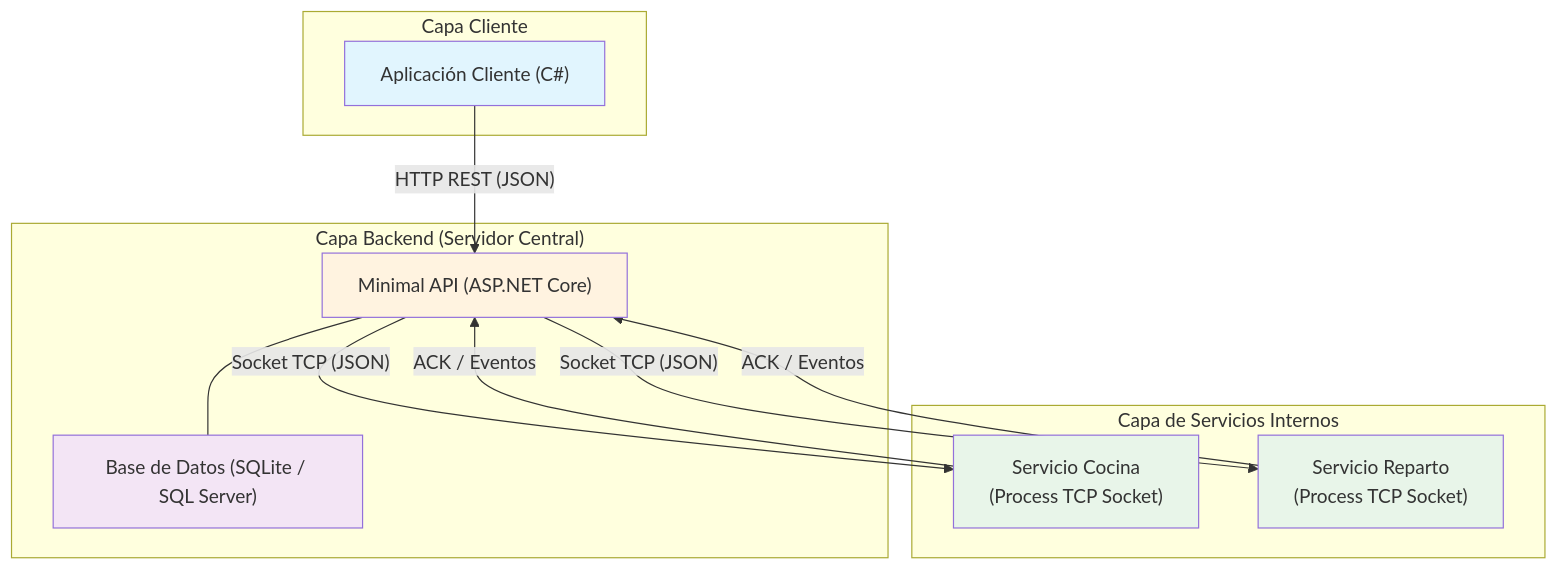
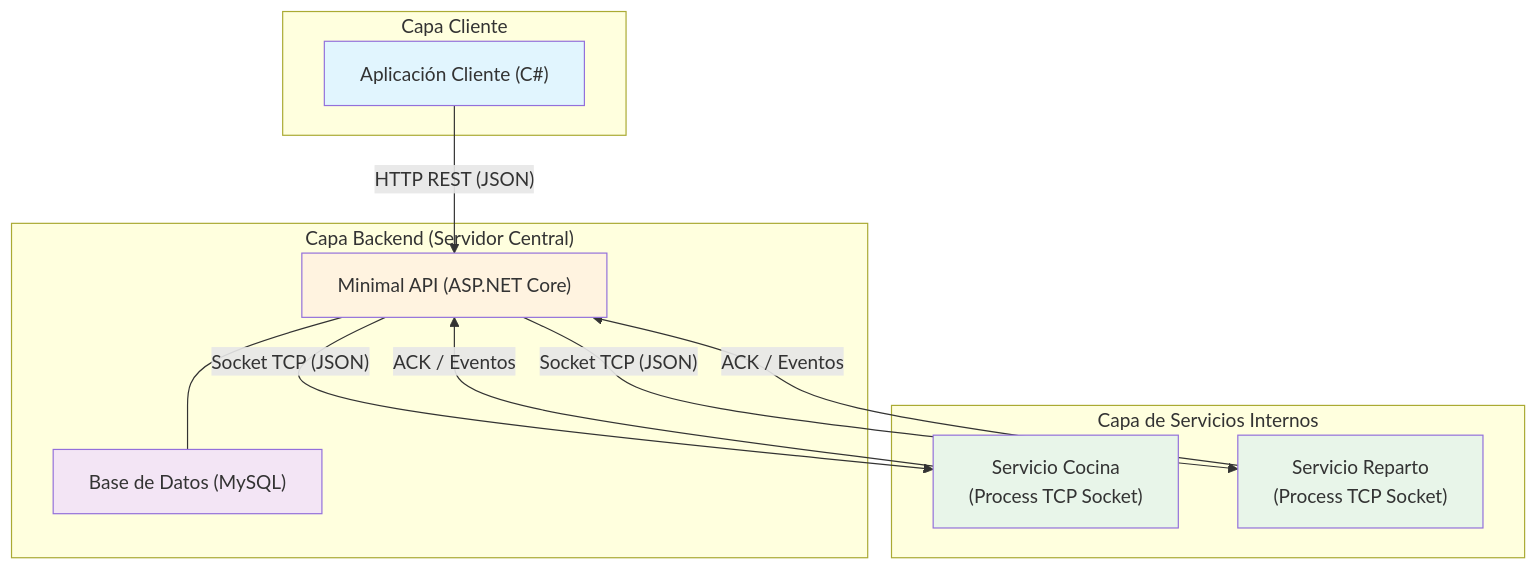
One commit to MonkiCapo/Trabajos2026 changed the diagram in Plan3.2/Docs/ArquitecturaDistribuida.md. Above: the diagram before and after it, drawn with Mermaid. The commit also changed other lines of this file and 140 other files, not shown here.

````diff
--- a/Plan3.2/Docs/ArquitecturaDistribuida.md
+++ b/Plan3.2/Docs/ArquitecturaDistribuida.md
@@ -10,30 +10,30 @@
 ```mermaid
 graph TB
     subgraph "Capa Cliente"
         APP["Aplicación Cliente (C#)"]
     end
 
     subgraph "Capa Backend (Servidor Central)"
         API["Minimal API (ASP.NET Core)"]
-        DB["Base de Datos (SQLite / SQL Server)"]
+        DB["Base de Datos (MySQL)"]
         API --- DB
     end
 
     subgraph "Capa de Servicios Internos"
         CO["Servicio Cocina<br/>(Process TCP Socket)"]
         RE["Servicio Reparto<br/>(Process TCP Socket)"]
     end
 
     APP -- "HTTP REST (JSON)" --> API
     API -- "Socket TCP (JSON)" --> CO
     API -- "Socket TCP (JSON)" --> RE
 
     CO -- "ACK / Eventos" --> API
     RE -- "ACK / Eventos" --> API
 
     style APP fill:#e1f5fe
     style API fill:#fff3e0
     style DB fill:#f3e5f5
     style CO fill:#e8f5e9
     style RE fill:#e8f5e9
 ```
````
